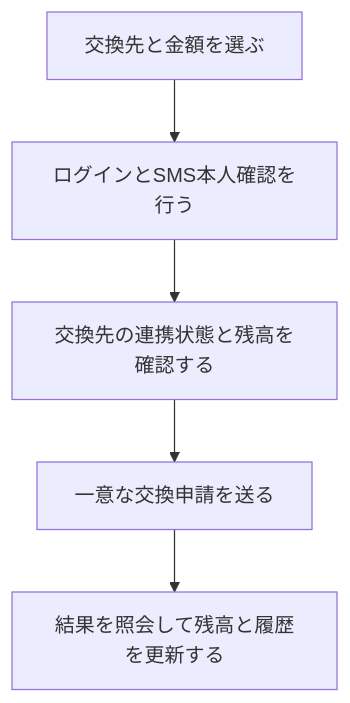
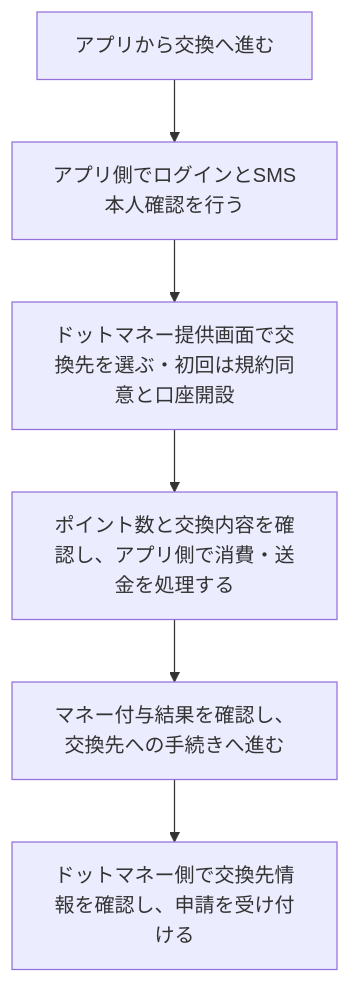
The diagram in docs/prd/features/F13-point-exchange.md (Min-Thu-Khant/pochipo-mock-en), drawn with Mermaid before and after one commit. The commit also changed other lines of this file and 40 other files, not shown here.

````diff
--- a/docs/prd/features/F13-point-exchange.md
+++ b/docs/prd/features/F13-point-exchange.md
@@ -57,12 +58,14 @@
 ```mermaid
 flowchart TD
-  A0["交換先と金額を選ぶ"]
-  A1["ログインとSMS本人確認を行う"]
-  A2["交換先の連携状態と残高を確認する"]
-  A3["一意な交換申請を送る"]
-  A4["結果を照会して残高と履歴を更新する"]
+  A0["アプリから交換へ進む"]
+  A1["アプリ側でログインとSMS本人確認を行う"]
+  A2["ドットマネー提供画面で交換先を選ぶ・初回は規約同意と口座開設"]
+  A3["ポイント数と交換内容を確認し、アプリ側で消費・送金を処理する"]
+  A4["マネー付与結果を確認し、交換先への手続きへ進む"]
+  A5["ドットマネー側で交換先情報を確認し、申請を受け付ける"]
   A0 --> A1
   A1 --> A2
   A2 --> A3
   A3 --> A4
+  A4 --> A5
 ```
````
